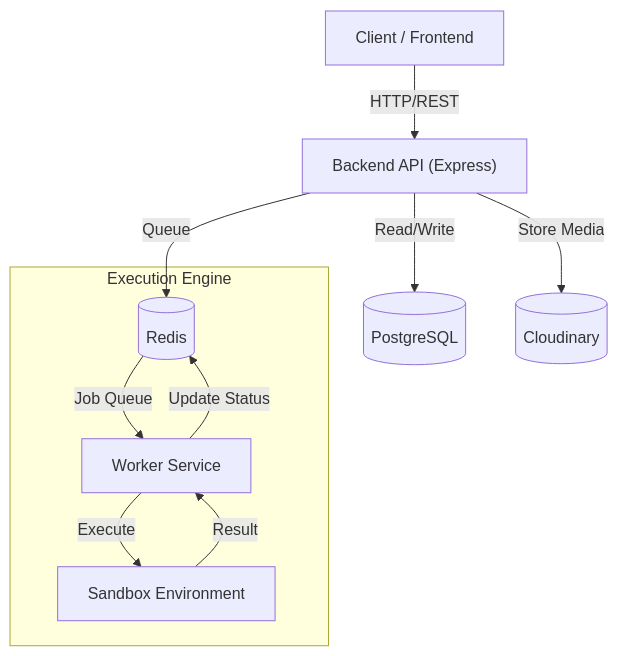
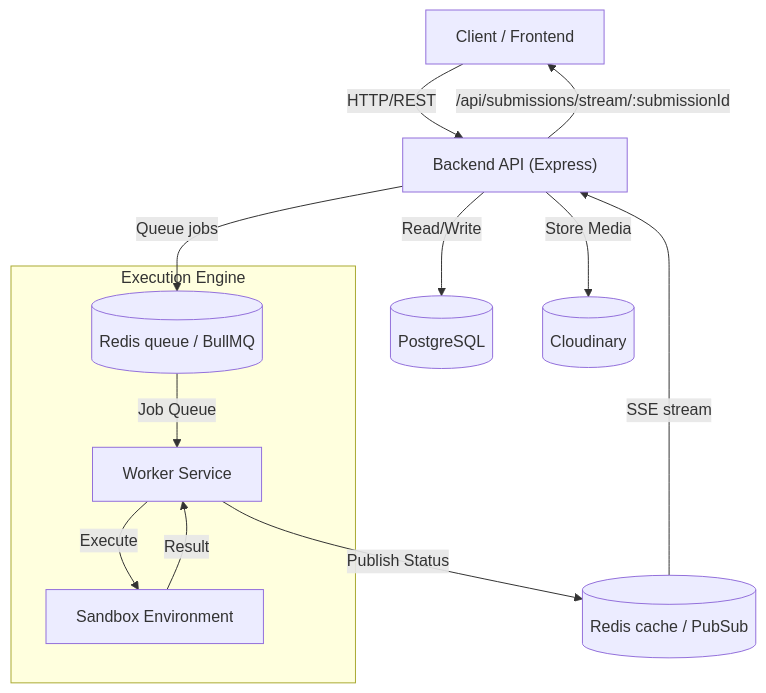
One commit to NguyenHieuNghia149/TLCN_project_backend changed the diagram in README.md. Above: the diagram before and after it, drawn with Mermaid. The commit also changed other lines of this file and 1 other file, not shown here.

Commit message:
docs: refactor architecture to BullMQ and Redis Pub/Sub, update project structure documentation, and improve docker ignore rules

````diff
--- a/README.md
+++ b/README.md
@@ -20,15 +20,17 @@
 ```mermaid
 graph TD
     Client["Client / Frontend"] -->|HTTP/REST| API["Backend API (Express)"]
     API -->|Read/Write| DB[("PostgreSQL")]
-    API -->|Queue| Redis[("Redis")]
+    API -->|Queue jobs| RedisQueue[("Redis queue / BullMQ")]
     API -->|Store Media| Cloud[("Cloudinary")]
 
     subgraph Execution Engine
-        Redis -->|Job Queue| Worker["Worker Service"]
+        RedisQueue -->|Job Queue| Worker["Worker Service"]
         Worker -->|Execute| Sandbox["Sandbox Environment"]
         Sandbox -->|Result| Worker
     end
 
-    Worker -->|Update Status| Redis
+    Worker -->|Publish Status| RedisCache[("Redis cache / PubSub")]
+    RedisCache -->|SSE stream| API
+    API -->|/api/submissions/stream/:submissionId| Client
 ```
````
